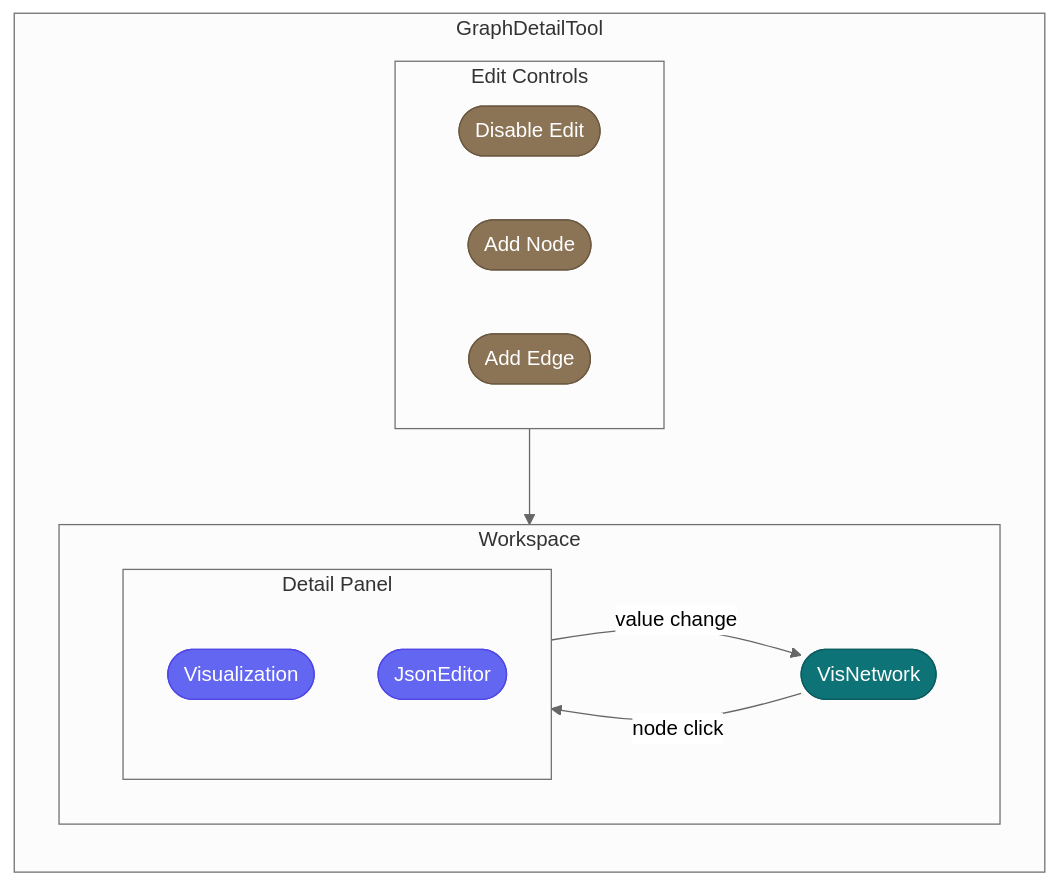
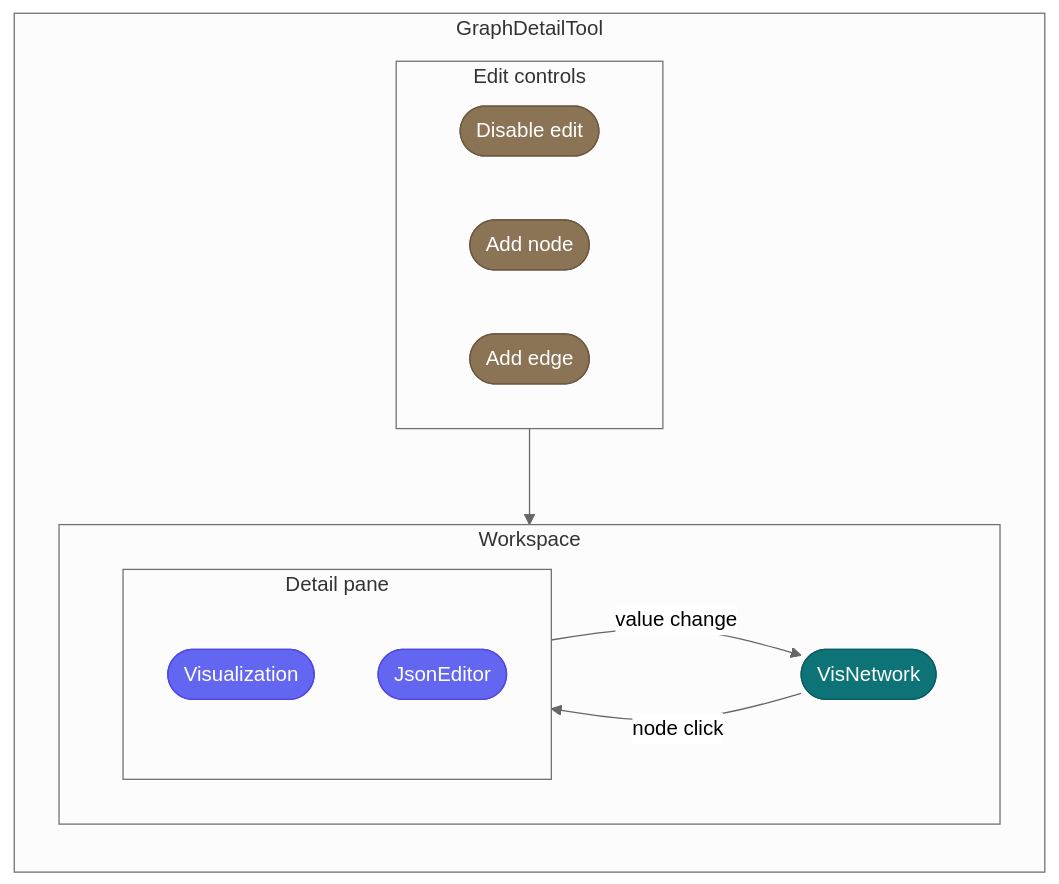
The sixth of 6 diagrams in docs/architecture.md (opensemanticworld/panelini), drawn with Mermaid (neutral theme) before and after one commit. The commit also changed other lines of this file and 45 other files, not shown here.

````diff
--- a/docs/architecture.md
+++ b/docs/architecture.md
@@ -173,34 +213,32 @@
 ```{mermaid}
 graph TB
     subgraph gdt [" GraphDetailTool "]
         direction TB
-        subgraph controls [" Edit Controls "]
+        subgraph controls [" Edit controls "]
             direction LR
-            disable(["Disable Edit"])
-            add_node(["Add Node"])
-            add_edge(["Add Edge"])
+            dis(["Disable edit"])
+            an(["Add node"])
+            ae(["Add edge"])
         end
-
         subgraph workspace [" Workspace "]
             direction LR
             vn(["VisNetwork"])
-            subgraph detail [" Detail Panel "]
+            subgraph detail [" Detail pane "]
                 direction TB
                 viz(["Visualization"])
-                editor(["JsonEditor"])
+                ed(["JsonEditor"])
             end
         end
     end
 
     controls --> vn
     vn -- "node click" --> detail
-    editor -- "value change" --> vn
+    ed -- "value change" --> vn
 
-    classDef controlNode fill:#8b7355,stroke:#6b5840,color:#ffffff
-    classDef graphNode fill:#0d7377,stroke:#095c5f,color:#ffffff
-    classDef detailNode fill:#6366f1,stroke:#4f46e5,color:#ffffff
-
-    class disable,add_node,add_edge controlNode
-    class vn graphNode
-    class viz,editor detailNode
+    classDef c fill:#8b7355,stroke:#6b5840,color:#ffffff
+    classDef g fill:#0d7377,stroke:#095c5f,color:#ffffff
+    classDef d fill:#6366f1,stroke:#4f46e5,color:#ffffff
+    class dis,an,ae c
+    class vn g
+    class viz,ed d
 ```
````
